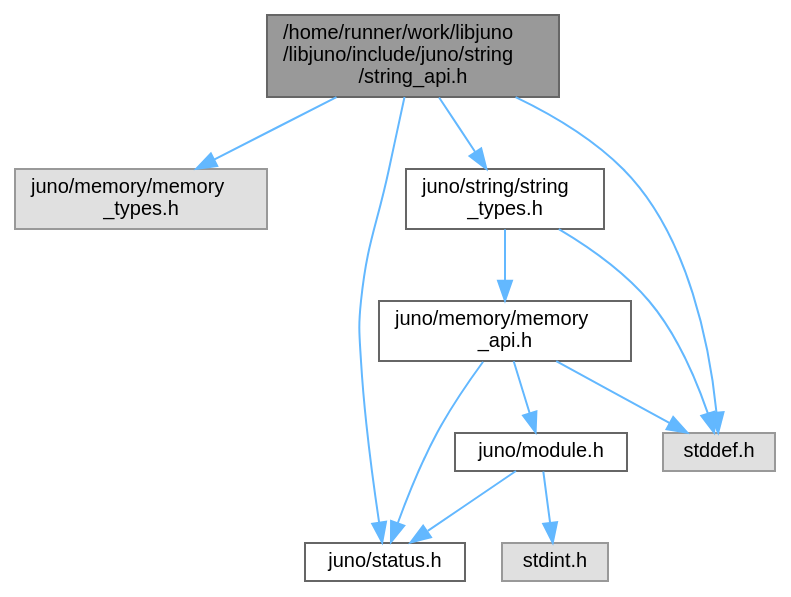
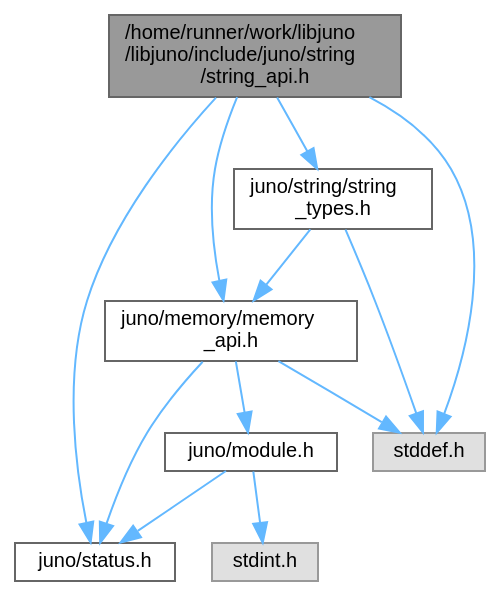
One commit to robinonsay/libjuno changed the diagram in string__api_8h__incl.dot. Above: the diagram before and after it, drawn with Graphviz. The commit also changed 192 other files, not shown here.

```diff
--- a/string__api_8h__incl.dot
+++ b/string__api_8h__incl.dot
@@ -1,26 +1,25 @@
 digraph "/home/runner/work/libjuno/libjuno/include/juno/string/string_api.h"
 {
  // LATEX_PDF_SIZE
   bgcolor="transparent";
   edge [fontname=Helvetica,fontsize=10,labelfontname=Helvetica,labelfontsize=10];
   node [fontname=Helvetica,fontsize=10,shape=box,height=0.2,width=0.4];
   Node1 [id="Node000001",label="/home/runner/work/libjuno\l/libjuno/include/juno/string\l/string_api.h",height=0.2,width=0.4,color="gray40", fillcolor="grey60", style="filled", fontcolor="black",tooltip=" "];
   Node1 -> Node2 [id="edge1_Node000001_Node000002",color="steelblue1",style="solid",tooltip=" "];
-  Node2 [id="Node000002",label="juno/memory/memory\l_types.h",height=0.2,width=0.4,color="grey60", fillcolor="#E0E0E0", style="filled",tooltip=" "];
-  Node1 -> Node3 [id="edge2_Node000001_Node000003",color="steelblue1",style="solid",tooltip=" "];
+  Node2 [id="Node000002",label="juno/memory/memory\l_api.h",height=0.2,width=0.4,color="grey40", fillcolor="white", style="filled",URL="$memory__api_8h.html",tooltip=" "];
+  Node2 -> Node3 [id="edge2_Node000002_Node000003",color="steelblue1",style="solid",tooltip=" "];
   Node3 [id="Node000003",label="juno/status.h",height=0.2,width=0.4,color="grey40", fillcolor="white", style="filled",URL="$status_8h.html",tooltip=" "];
-  Node1 -> Node4 [id="edge3_Node000001_Node000004",color="steelblue1",style="solid",tooltip=" "];
-  Node4 [id="Node000004",label="juno/string/string\l_types.h",height=0.2,width=0.4,color="grey40", fillcolor="white", style="filled",URL="$string__types_8h.html",tooltip=" "];
-  Node4 -> Node5 [id="edge4_Node000004_Node000005",color="steelblue1",style="solid",tooltip=" "];
-  Node5 [id="Node000005",label="juno/memory/memory\l_api.h",height=0.2,width=0.4,color="grey40", fillcolor="white", style="filled",URL="$memory__api_8h.html",tooltip=" "];
-  Node5 -> Node3 [id="edge5_Node000005_Node000003",color="steelblue1",style="solid",tooltip=" "];
-  Node5 -> Node6 [id="edge6_Node000005_Node000006",color="steelblue1",style="solid",tooltip=" "];
-  Node6 [id="Node000006",label="juno/module.h",height=0.2,width=0.4,color="grey40", fillcolor="white", style="filled",URL="$module_8h.html",tooltip=" "];
-  Node6 -> Node3 [id="edge7_Node000006_Node000003",color="steelblue1",style="solid",tooltip=" "];
-  Node6 -> Node7 [id="edge8_Node000006_Node000007",color="steelblue1",style="solid",tooltip=" "];
-  Node7 [id="Node000007",label="stdint.h",height=0.2,width=0.4,color="grey60", fillcolor="#E0E0E0", style="filled",tooltip=" "];
-  Node5 -> Node8 [id="edge9_Node000005_Node000008",color="steelblue1",style="solid",tooltip=" "];
-  Node8 [id="Node000008",label="stddef.h",height=0.2,width=0.4,color="grey60", fillcolor="#E0E0E0", style="filled",tooltip=" "];
-  Node4 -> Node8 [id="edge10_Node000004_Node000008",color="steelblue1",style="solid",tooltip=" "];
-  Node1 -> Node8 [id="edge11_Node000001_Node000008",color="steelblue1",style="solid",tooltip=" "];
+  Node2 -> Node4 [id="edge3_Node000002_Node000004",color="steelblue1",style="solid",tooltip=" "];
+  Node4 [id="Node000004",label="juno/module.h",height=0.2,width=0.4,color="grey40", fillcolor="white", style="filled",URL="$module_8h.html",tooltip=" "];
+  Node4 -> Node3 [id="edge4_Node000004_Node000003",color="steelblue1",style="solid",tooltip=" "];
+  Node4 -> Node5 [id="edge5_Node000004_Node000005",color="steelblue1",style="solid",tooltip=" "];
+  Node5 [id="Node000005",label="stdint.h",height=0.2,width=0.4,color="grey60", fillcolor="#E0E0E0", style="filled",tooltip=" "];
+  Node2 -> Node6 [id="edge6_Node000002_Node000006",color="steelblue1",style="solid",tooltip=" "];
+  Node6 [id="Node000006",label="stddef.h",height=0.2,width=0.4,color="grey60", fillcolor="#E0E0E0", style="filled",tooltip=" "];
+  Node1 -> Node3 [id="edge7_Node000001_Node000003",color="steelblue1",style="solid",tooltip=" "];
+  Node1 -> Node7 [id="edge8_Node000001_Node000007",color="steelblue1",style="solid",tooltip=" "];
+  Node7 [id="Node000007",label="juno/string/string\l_types.h",height=0.2,width=0.4,color="grey40", fillcolor="white", style="filled",URL="$string__types_8h.html",tooltip=" "];
+  Node7 -> Node2 [id="edge9_Node000007_Node000002",color="steelblue1",style="solid",tooltip=" "];
+  Node7 -> Node6 [id="edge10_Node000007_Node000006",color="steelblue1",style="solid",tooltip=" "];
+  Node1 -> Node6 [id="edge11_Node000001_Node000006",color="steelblue1",style="solid",tooltip=" "];
 }
```
